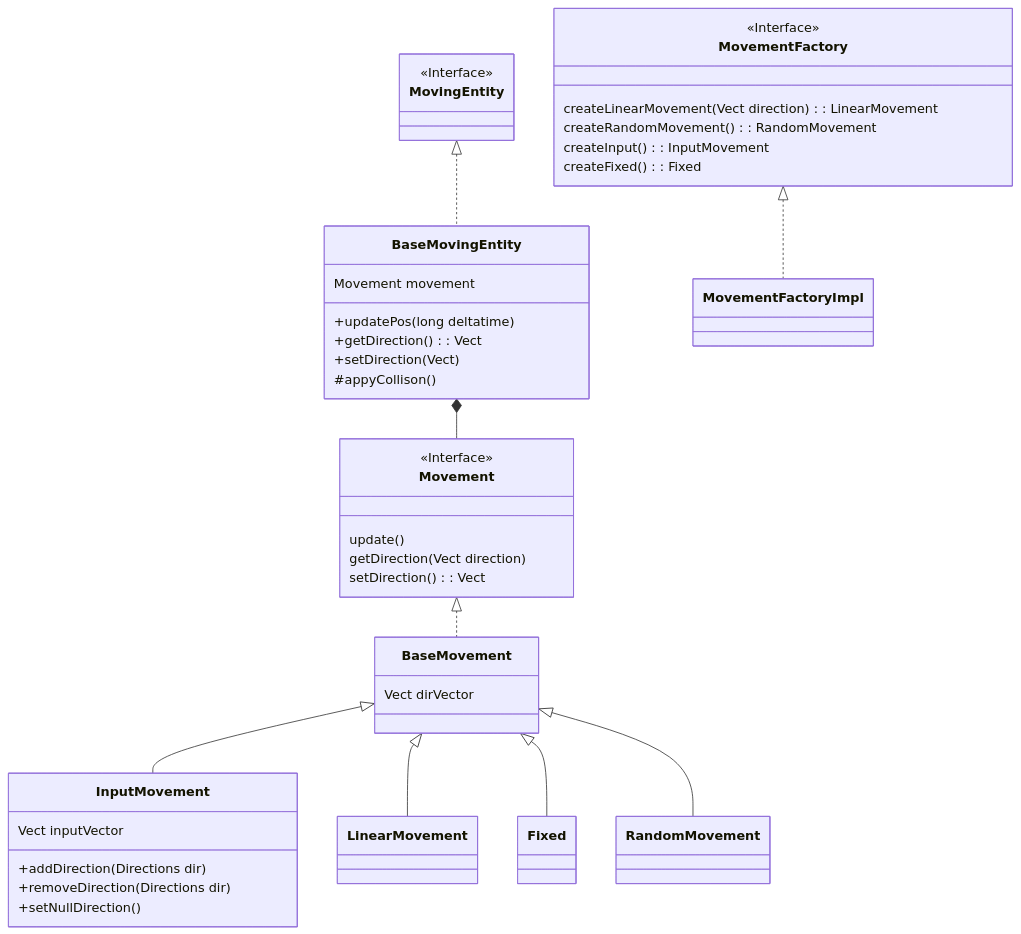
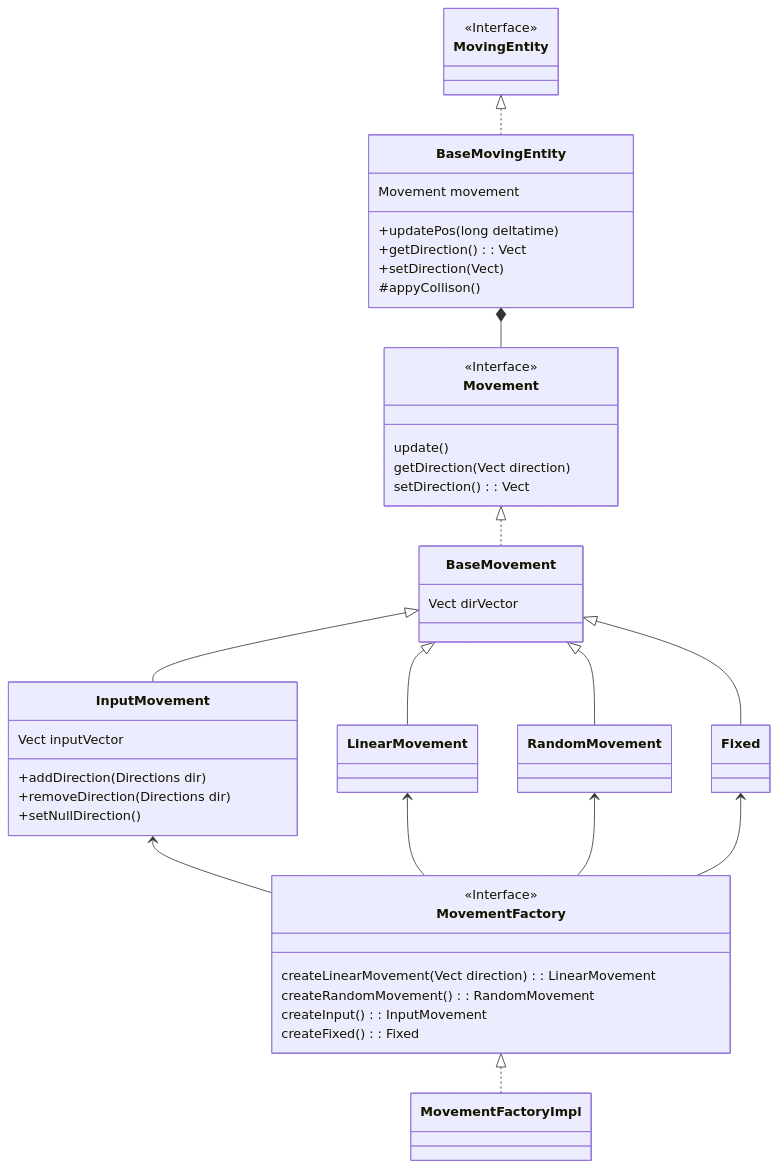
Before and after one commit to frabitta/OOP23-gfight: diagram 21 of 21 in report.md, drawn with Mermaid. The commit also changed other lines of this file, not shown here.

````diff
--- a/report.md
+++ b/report.md
@@ -822,48 +773,52 @@
 ```mermaid
 classDiagram
   MovingEntity <|.. BaseMovingEntity
   BaseMovingEntity *-- Movement
   Movement <|.. BaseMovement
   BaseMovement <|-- InputMovement
   BaseMovement <|-- LinearMovement
   BaseMovement <|-- Fixed
   BaseMovement <|-- RandomMovement
 
   MovementFactory <|.. MovementFactoryImpl
+  InputMovement <-- MovementFactory
+  LinearMovement <-- MovementFactory
+  RandomMovement <-- MovementFactory
+  Fixed <-- MovementFactory
 
   <<Interface>> Movement
   <<Interface>> MovementFactory
   <<Interface>> MovingEntity
 
   class Movement{
     update()
     getDirection(Vect direction)
     setDirection() : Vect
   }
 
   class InputMovement{
     Vect inputVector
     +addDirection(Directions dir)
     +removeDirection(Directions dir)
     +setNullDirection()
   }
 
   class BaseMovement{
     Vect dirVector
   }
 
   class MovementFactory{
     createLinearMovement(Vect direction) : LinearMovement
     createRandomMovement() : RandomMovement
     createInput() : InputMovement
     createFixed() : Fixed
   }
 
   class BaseMovingEntity{
     Movement movement
     +updatePos(long deltatime)
     +getDirection() : Vect
     +setDirection(Vect)
     #appyCollison()
   }
 ```
````
